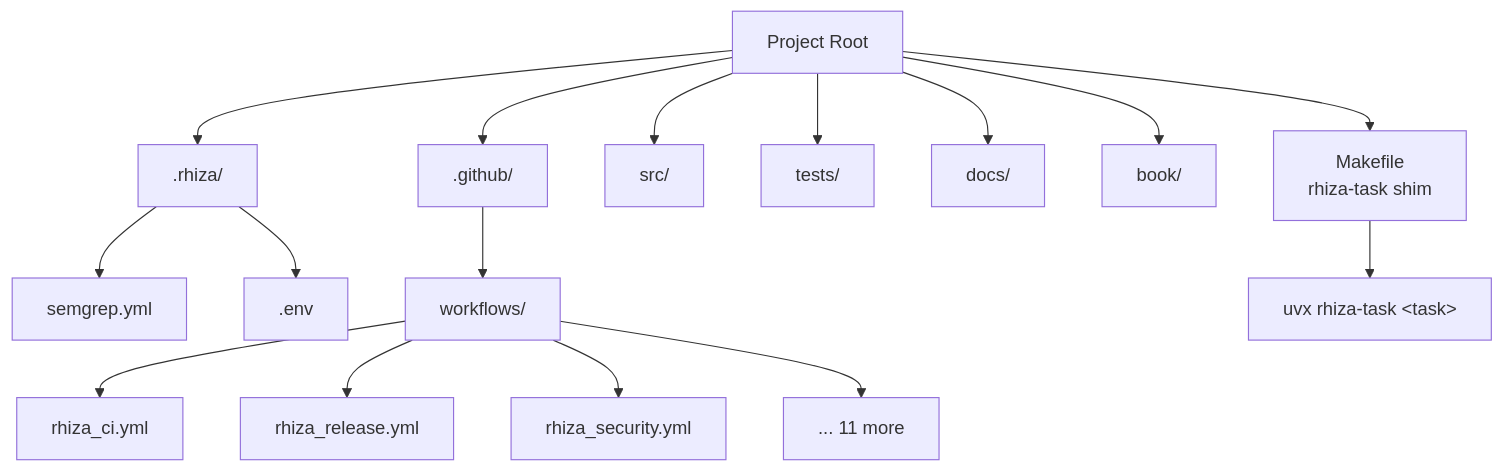
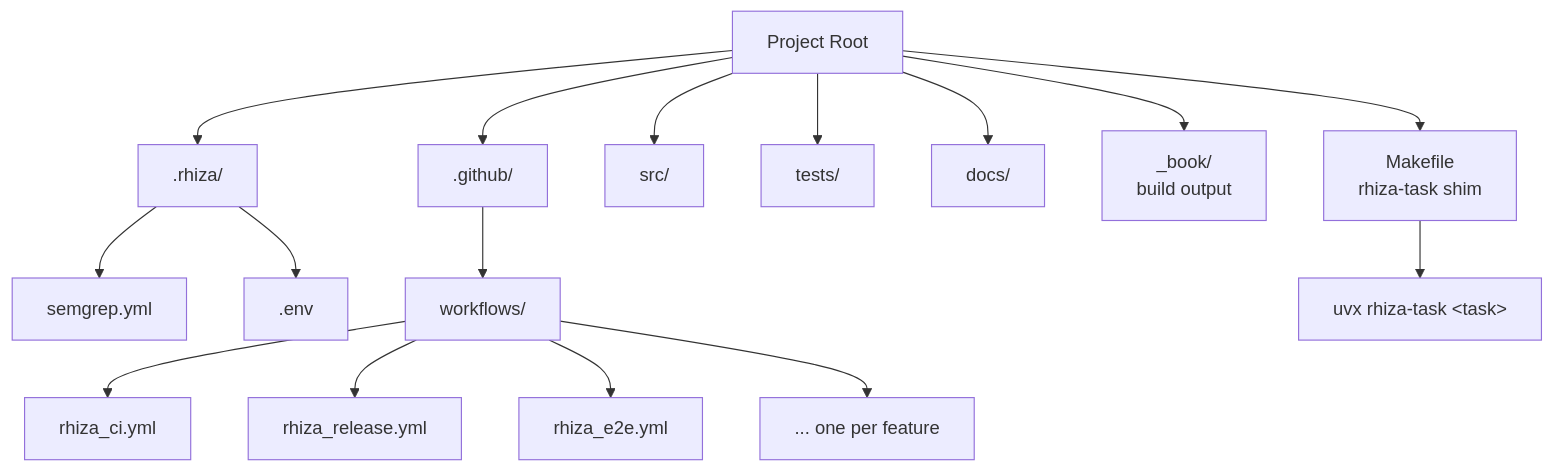
The sixth of 9 diagrams in docs/reference/ARCHITECTURE.md (Jebel-Quant/rhiza), drawn with Mermaid before and after one commit. The commit also changed other lines of this file and 8 other files, not shown here.

````diff
--- a/docs/reference/ARCHITECTURE.md
+++ b/docs/reference/ARCHITECTURE.md
@@ -186,23 +188,23 @@
 ```mermaid
 flowchart TD
     root[Project Root]
 
     root --> rhiza[.rhiza/]
     root --> github[.github/]
     root --> src[src/]
     root --> tests[tests/]
     root --> docs[docs/]
-    root --> book[book/]
+    root --> book[_book/<br/>build output]
 
     root --> shim[Makefile<br/>rhiza-task shim]
     rhiza --> semgrep[semgrep.yml]
     rhiza --> env[.env]
 
     github --> workflows[workflows/]
     workflows --> ci[rhiza_ci.yml]
     workflows --> release[rhiza_release.yml]
-    workflows --> security[rhiza_security.yml]
-    workflows --> more[... 11 more]
+    workflows --> e2e[rhiza_e2e.yml]
+    workflows --> more[... one per feature]
 
     shim --> tasks[uvx rhiza-task &lt;task&gt;]
 ```
````
